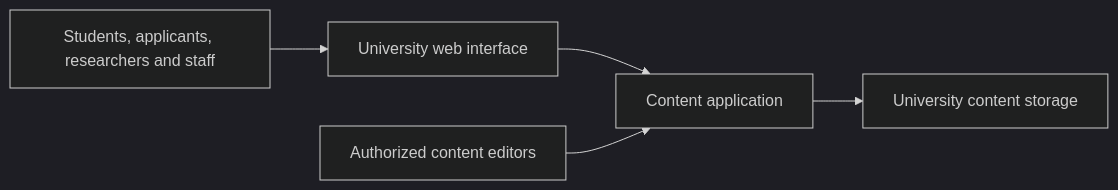
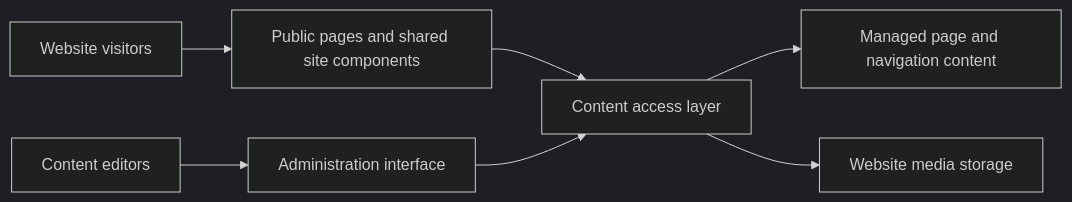
One commit to muhammadrayyankashif/Engineering-Projects changed the diagram in University-of-Karachi/README.md. Above: the diagram before and after it, drawn with Mermaid (dark theme). The commit also changed other lines of this file and 6 other files, not shown here.

Commit message:
Expand project workflows and source-backed architecture descriptions

````diff
--- a/University-of-Karachi/README.md
+++ b/University-of-Karachi/README.md
@@ -23,7 +32,9 @@
 ```mermaid
 flowchart LR
-    V[Students, applicants, researchers and staff] --> W[University web interface]
-    W --> C[Content application]
-    E[Authorized content editors] --> C
-    C --> D[University content storage]
+    V[Website visitors] --> UI[Public pages and shared site components]
+    UI --> C[Content access layer]
+    E[Content editors] --> ADM[Administration interface]
+    ADM --> C
+    C --> DB[Managed page and navigation content]
+    C --> F[Website media storage]
 ```
````
